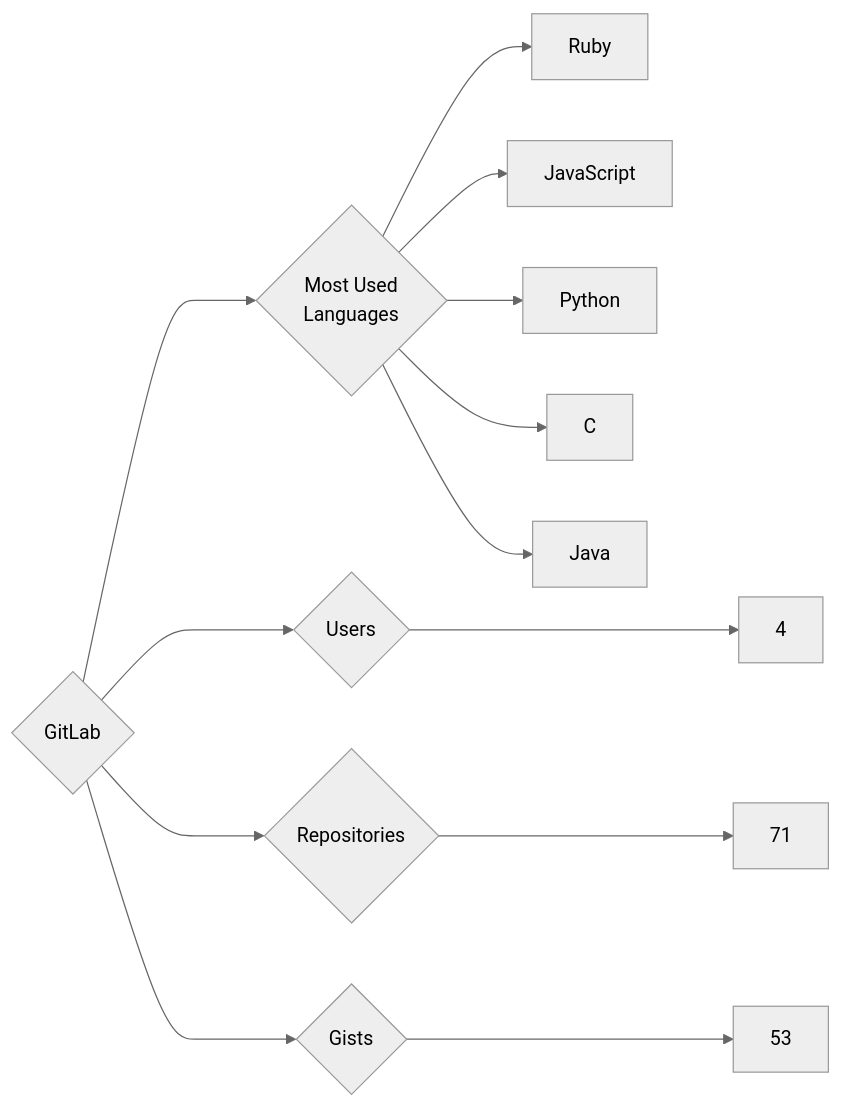
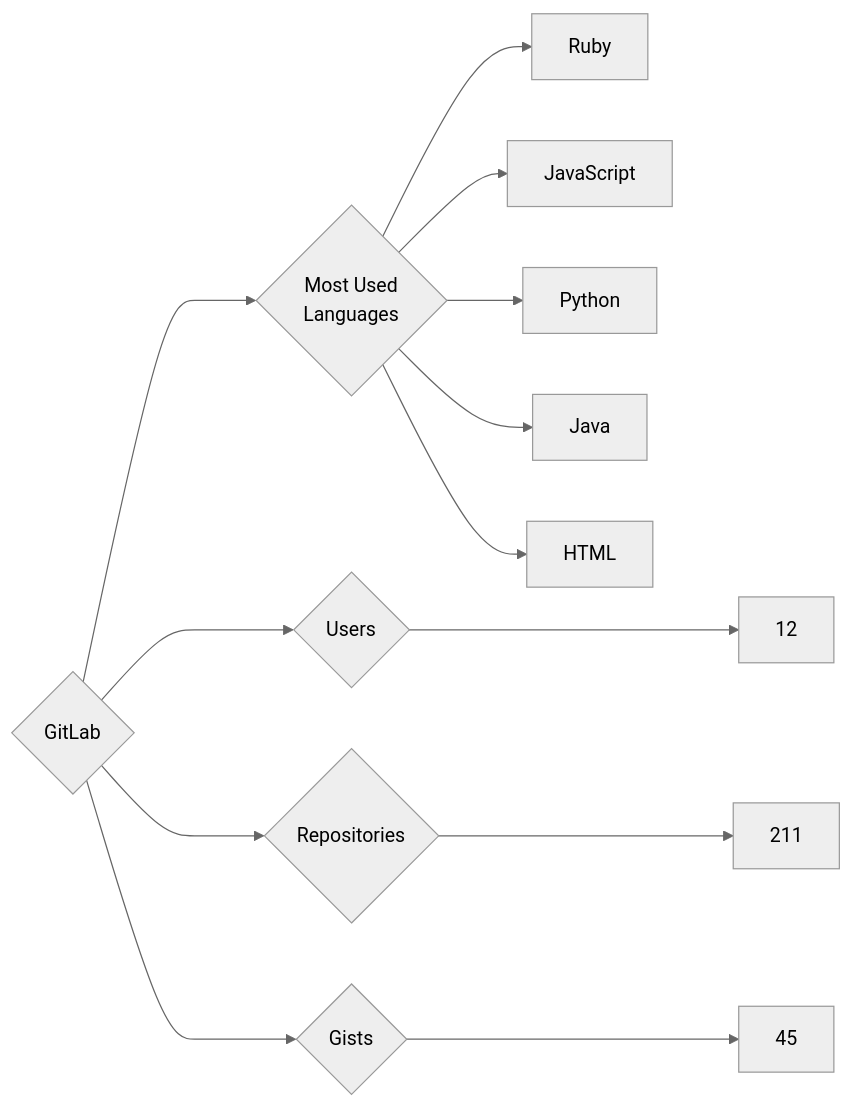
Before and after one commit to trickest/insiders: the diagram in targets/GitLab/README.md, drawn with Mermaid (neutral theme). The commit also changed 873 other files, not shown here.

````diff
--- a/targets/GitLab/README.md
+++ b/targets/GitLab/README.md
@@ -3,13 +3,13 @@
 ```mermaid
 graph LR
 COMPANY_NAME{GitLab}
-COMPANY_NAME ---> U{Users} ---> UN[4]
-COMPANY_NAME ---> R{Repositories} ---> RN[71]
-COMPANY_NAME ---> G{Gists} ---> GN[53]
+COMPANY_NAME ---> U{Users} ---> UN[12]
+COMPANY_NAME ---> R{Repositories} ---> RN[211]
+COMPANY_NAME ---> G{Gists} ---> GN[45]
 COMPANY_NAME ---> ML{Most Used<br>Languages}
 ML --> Ruby[Ruby]
 ML --> JavaScript[JavaScript]
 ML --> Python[Python]
-ML --> C[C]
 ML --> Java[Java]
+ML --> HTML[HTML]
 ```
````
